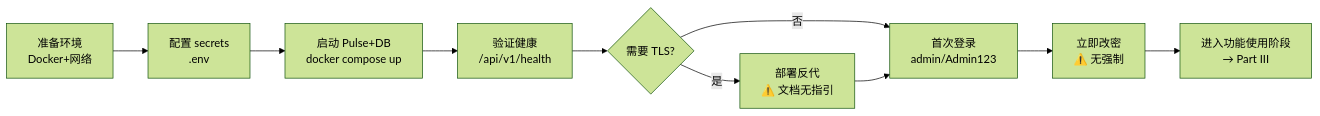
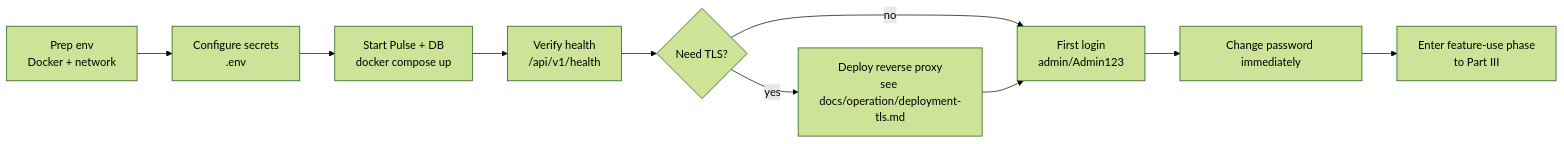
The second of 5 diagrams in docs/user-journey.md (whg517/node-pulse), drawn with Mermaid (forest theme) before and after one commit. The commit also changed other lines of this file and 10 other files, not shown here.

````diff
--- a/docs/user-journey.md
+++ b/docs/user-journey.md
@@ -232,12 +218,12 @@
 ```mermaid
 flowchart LR
-    A[准备环境<br/>Docker+网络] --> B[配置 secrets<br/>.env]
-    B --> C[启动 Pulse+DB<br/>docker compose up]
-    C --> D[验证健康<br/>/api/v1/health]
-    D --> E{需要 TLS?}
-    E -- 是 --> F[部署反代<br/>⚠️ 文档无指引]
-    E -- 否 --> G[首次登录<br/>admin/Admin123]
-    G --> H[立即改密<br/>⚠️ 无强制]
-    H --> I[进入功能使用阶段<br/>→ Part III]
+    A[Prep env<br/>Docker + network] --> B[Configure secrets<br/>.env]
+    B --> C[Start Pulse + DB<br/>docker compose up]
+    C --> D[Verify health<br/>/api/v1/health]
+    D --> E{Need TLS?}
+    E -- yes --> F[Deploy reverse proxy<br/>see docs/operation/deployment-tls.md]
+    E -- no --> G[First login<br/>admin/Admin123]
+    G --> H[Change password immediately]
+    H --> I[Enter feature-use phase<br/>to Part III]
     F --> G
 ```
````
